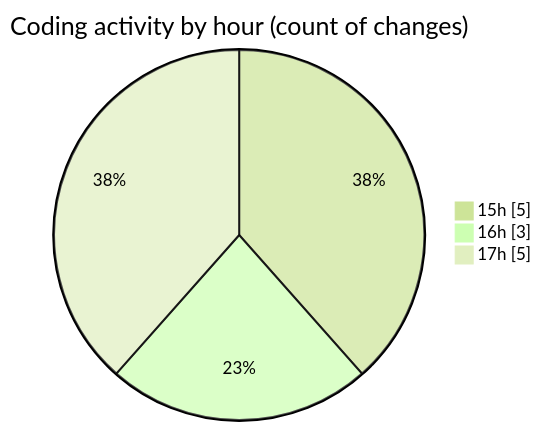
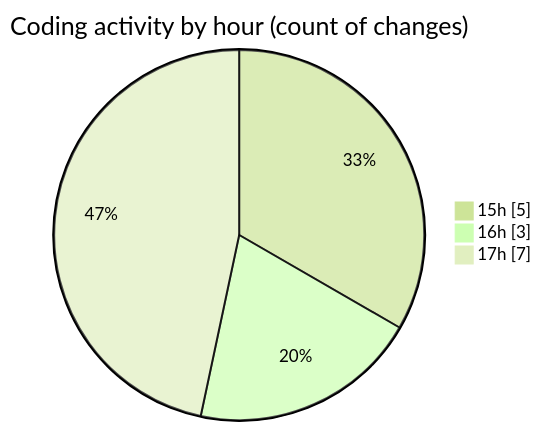
The second of 2 diagrams in 2026-04-24/nxtqube_webapp/README.md (nxtqubesakshisongat/code-tracking), drawn with Mermaid (forest theme) before and after one commit. The commit also changed other lines of this file and 1 other file, not shown here.

````diff
--- a/2026-04-24/nxtqube_webapp/README.md
+++ b/2026-04-24/nxtqube_webapp/README.md
@@ -33,7 +33,7 @@
 ```mermaid
 pie showData
 title Coding activity by hour (count of changes)
 "15h" : 5
 "16h" : 3
-"17h" : 5
+"17h" : 7
 ```
````
